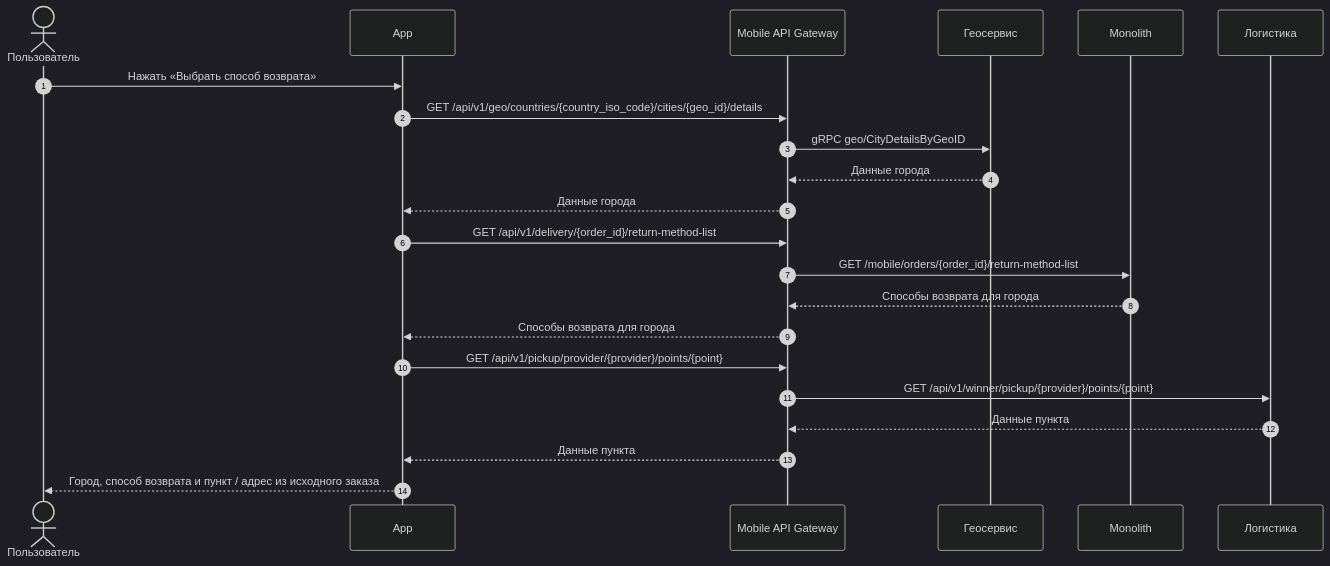
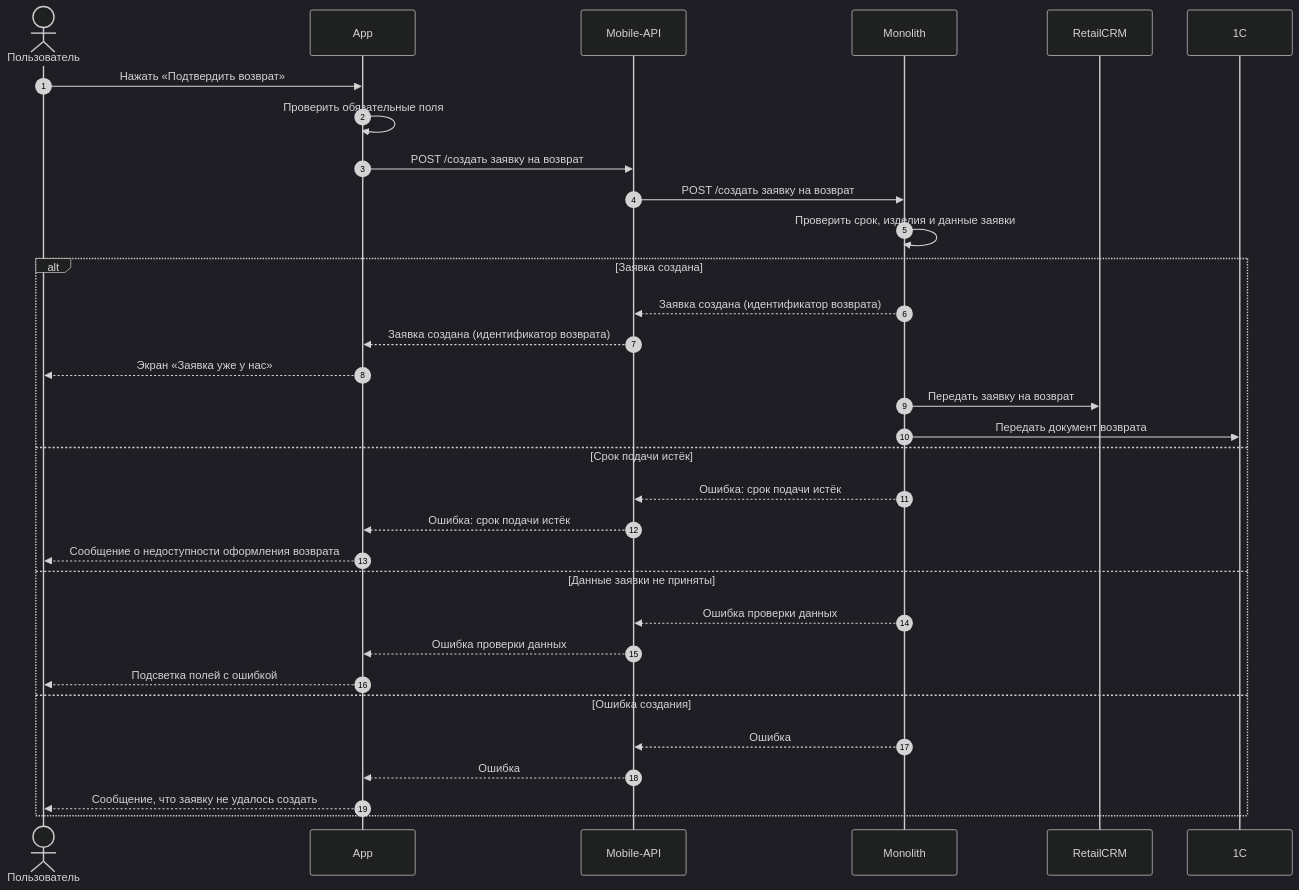
Before and after one commit to Terinss155/opencode-agents-analysis: the fourth of 7 diagrams in projects/returns-2.0/requirements/srs/srs-mobile.md, drawn with Mermaid (dark theme). The commit also changed other lines of this file and 2 other files, not shown here.

First line of the commit message:
Проверить SRS МП по US 1.1–1.5 и доработать ECOMDEV-2343

````diff
--- a/projects/returns-2.0/requirements/srs/srs-mobile.md
+++ b/projects/returns-2.0/requirements/srs/srs-mobile.md
@@ -205,26 +408,35 @@
 ```mermaid
 sequenceDiagram
     autonumber
-
     actor U as Пользователь
     participant APP as App
-    participant GW as Mobile API Gateway
-    participant GEO as Геосервис
+    participant API as Mobile-API
     participant MON as Monolith
-    participant LOG as Логистика
+    participant RCRM as RetailCRM
+    participant ONEC as 1C
 
-    U->>APP: Нажать «Выбрать способ возврата»
-    APP->>GW: GET /api/v1/geo/countries/{country_iso_code}/cities/{geo_id}/details
-    GW->>GEO: gRPC geo/CityDetailsByGeoID
-    GEO-->>GW: Данные города
-    GW-->>APP: Данные города
-    APP->>GW: GET /api/v1/delivery/{order_id}/return-method-list
-    GW->>MON: GET /mobile/orders/{order_id}/return-method-list
-    MON-->>GW: Способы возврата для города
-    GW-->>APP: Способы возврата для города
-    APP->>GW: GET /api/v1/pickup/provider/{provider}/points/{point}
-    GW->>LOG: GET /api/v1/winner/pickup/{provider}/points/{point}
-    LOG-->>GW: Данные пункта
-    GW-->>APP: Данные пункта
-    APP-->>U: Город, способ возврата и пункт / адрес из исходного заказа
+    U->>APP: Нажать «Подтвердить возврат»
+    APP->>APP: Проверить обязательные поля
+    APP->>API: POST /создать заявку на возврат
+    API->>MON: POST /создать заявку на возврат
+    MON->>MON: Проверить срок, изделия и данные заявки
+    alt Заявка создана
+        MON-->>API: Заявка создана (идентификатор возврата)
+        API-->>APP: Заявка создана (идентификатор возврата)
+        APP-->>U: Экран «Заявка уже у нас»
+        MON->>RCRM: Передать заявку на возврат
+        MON->>ONEC: Передать документ возврата
+    else Срок подачи истёк
+        MON-->>API: Ошибка: срок подачи истёк
+        API-->>APP: Ошибка: срок подачи истёк
+        APP-->>U: Сообщение о недоступности оформления возврата
+    else Данные заявки не приняты
+        MON-->>API: Ошибка проверки данных
+        API-->>APP: Ошибка проверки данных
+        APP-->>U: Подсветка полей с ошибкой
+    else Ошибка создания
+        MON-->>API: Ошибка
+        API-->>APP: Ошибка
+        APP-->>U: Сообщение, что заявку не удалось создать
+    end
 ```
````
